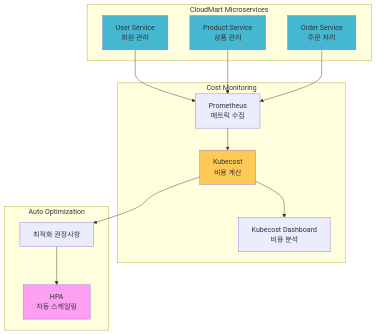
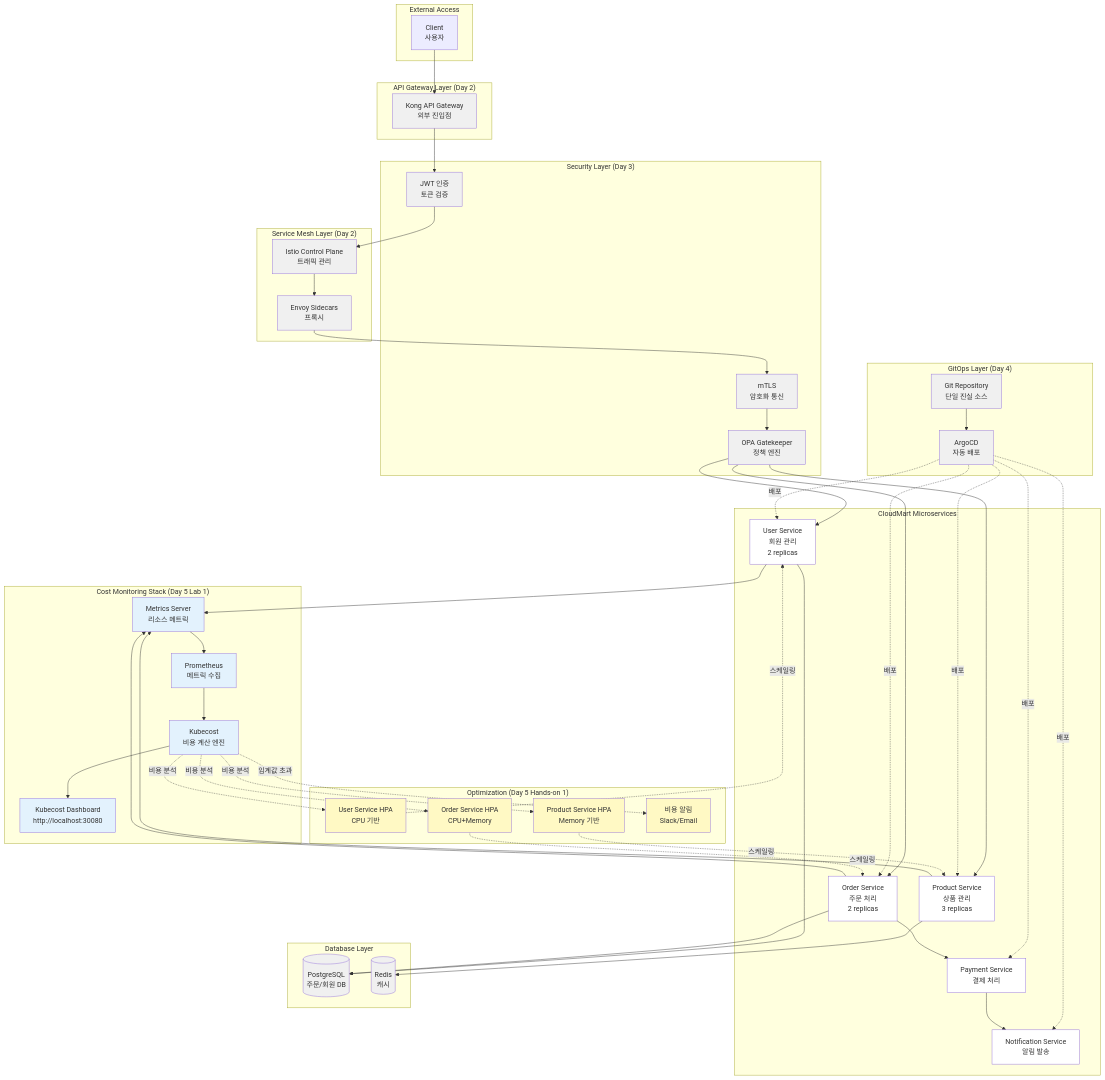
One commit to niceguy61/kdt_devops_lecture_2025 changed the diagram in theory/week_04/day5/handson_1.md. Above: the diagram before and after it, drawn with Mermaid. The commit also changed other lines of this file, not shown here.

````diff
--- a/theory/week_04/day5/handson_1.md
+++ b/theory/week_04/day5/handson_1.md
@@ -36,34 +36,125 @@
 ```mermaid
 graph TB
-    subgraph "CloudMart Microservices"
-        US[User Service<br/>회원 관리]
-        PS[Product Service<br/>상품 관리]
-        OS[Order Service<br/>주문 처리]
+    subgraph "External Access"
+        CLIENT[Client<br/>사용자]
     end
     
-    subgraph "Cost Monitoring"
-        PROM[Prometheus<br/>메트릭 수집]
-        KC[Kubecost<br/>비용 계산]
-        DASH[Kubecost Dashboard<br/>비용 분석]
+    subgraph "API Gateway Layer (Day 2)"
+        KONG[Kong API Gateway<br/>외부 진입점]
     end
     
-    subgraph "Auto Optimization"
-        HPA[HPA<br/>자동 스케일링]
-        OPT[최적화 권장사항]
+    subgraph "Service Mesh Layer (Day 2)"
+        ISTIO[Istio Control Plane<br/>트래픽 관리]
+        ENVOY[Envoy Sidecars<br/>프록시]
     end
     
-    US --> PROM
-    PS --> PROM
-    OS --> PROM
+    subgraph "Security Layer (Day 3)"
+        JWT[JWT 인증<br/>토큰 검증]
+        MTLS[mTLS<br/>암호화 통신]
+        OPA[OPA Gatekeeper<br/>정책 엔진]
+    end
     
+    subgraph "CloudMart Microservices"
+        US[User Service<br/>회원 관리<br/>2 replicas]
+        PS[Product Service<br/>상품 관리<br/>3 replicas]
+        OS[Order Service<br/>주문 처리<br/>2 replicas]
+        PAYS[Payment Service<br/>결제 처리]
+        NS[Notification Service<br/>알림 발송]
+    end
+    
+    subgraph "GitOps Layer (Day 4)"
+        GIT[Git Repository<br/>단일 진실 소스]
+        ARGO[ArgoCD<br/>자동 배포]
+    end
+    
+    subgraph "Cost Monitoring Stack (Day 5 Lab 1)"
+        MS[Metrics Server<br/>리소스 메트릭]
+        PROM[Prometheus<br/>메트릭 수집]
+        KC[Kubecost<br/>비용 계산 엔진]
+        DASH[Kubecost Dashboard<br/>http://localhost:30080]
+    end
+    
+    subgraph "Optimization (Day 5 Hands-on 1)"
+        HPA1[User Service HPA<br/>CPU 기반]
+        HPA2[Product Service HPA<br/>Memory 기반]
+        HPA3[Order Service HPA<br/>CPU+Memory]
+        ALERT[비용 알림<br/>Slack/Email]
+    end
+    
+    subgraph "Database Layer"
+        DB[(PostgreSQL<br/>주문/회원 DB)]
+        CACHE[(Redis<br/>캐시)]
+    end
+    
+    CLIENT --> KONG
+    KONG --> JWT
+    JWT --> ISTIO
+    ISTIO --> ENVOY
+    ENVOY --> MTLS
+    MTLS --> OPA
+    
+    OPA --> US
+    OPA --> PS
+    OPA --> OS
+    
+    GIT --> ARGO
+    ARGO -.배포.-> US
+    ARGO -.배포.-> PS
+    ARGO -.배포.-> OS
+    ARGO -.배포.-> PAYS
+    ARGO -.배포.-> NS
+    
+    US --> MS
+    PS --> MS
+    OS --> MS
+    
+    MS --> PROM
     PROM --> KC
     KC --> DASH
-    KC --> OPT
-    OPT --> HPA
     
-    style US fill:#45b7d1
-    style PS fill:#45b7d1
-    style OS fill:#45b7d1
-    style KC fill:#feca57
-    style HPA fill:#ff9ff3
+    KC -.비용 분석.-> HPA1
+    KC -.비용 분석.-> HPA2
+    KC -.비용 분석.-> HPA3
+    KC -.임계값 초과.-> ALERT
+    
+    HPA1 -.스케일링.-> US
+    HPA2 -.스케일링.-> PS
+    HPA3 -.스케일링.-> OS
+    
+    US --> DB
+    OS --> DB
+    PS --> CACHE
+    
+    OS --> PAYS
+    PAYS --> NS
+    
+    style KONG fill:#f0f0f0
+    style ISTIO fill:#f0f0f0
+    style ENVOY fill:#f0f0f0
+    
+    style JWT fill:#f0f0f0
+    style MTLS fill:#f0f0f0
+    style OPA fill:#f0f0f0
+    
+    style GIT fill:#f0f0f0
+    style ARGO fill:#f0f0f0
+    
+    style MS fill:#e3f2fd
+    style PROM fill:#e3f2fd
+    style KC fill:#e3f2fd
+    style DASH fill:#e3f2fd
+    
+    style US fill:#fff
+    style PS fill:#fff
+    style OS fill:#fff
+    style PAYS fill:#fff
+    style NS fill:#fff
+    
+    style HPA1 fill:#fff9c4
+    style HPA2 fill:#fff9c4
+    style HPA3 fill:#fff9c4
+    style ALERT fill:#fff9c4
+    
+    style DB fill:#f0f0f0
+    style CACHE fill:#f0f0f0
 ```
````
